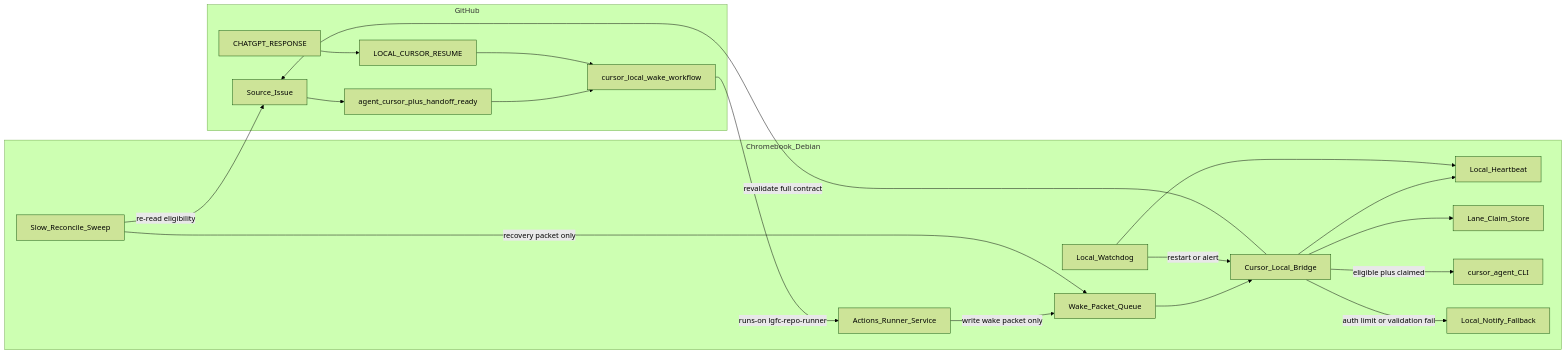
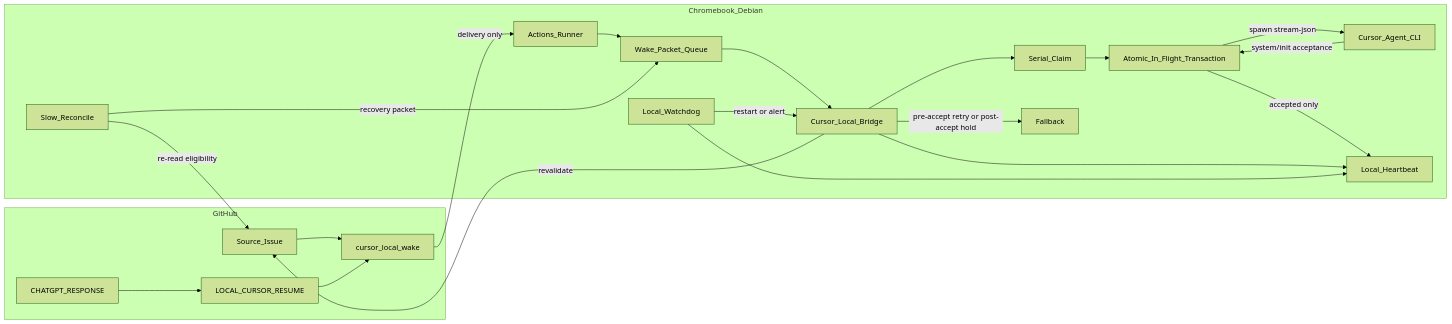
Before and after one commit to wdhunter645/next-starter-template: the diagram in docs/explanation/operations/cursor-local-auto-start-architecture.md, drawn with Mermaid (forest theme). The commit also changed other lines of this file, not shown here.

Commit message:
docs: explain Cursor launch acceptance boundary

````diff
--- a/docs/explanation/operations/cursor-local-auto-start-architecture.md
+++ b/docs/explanation/operations/cursor-local-auto-start-architecture.md
@@ -66,39 +64,41 @@
 ```mermaid
 flowchart LR
   subgraph github [GitHub]
     Issue[Source_Issue]
-    Labels[agent_cursor_plus_handoff_ready]
     Response[CHATGPT_RESPONSE]
     Resume[LOCAL_CURSOR_RESUME]
-    WF[cursor_local_wake_workflow]
+    WF[cursor_local_wake]
   end
 
   subgraph chromebook [Chromebook_Debian]
-    Runner[Actions_Runner_Service]
+    Runner[Actions_Runner]
     Queue[Wake_Packet_Queue]
     Bridge[Cursor_Local_Bridge]
+    Claim[Serial_Claim]
+    Tx[Atomic_In_Flight_Transaction]
+    CLI[Cursor_Agent_CLI]
     Heartbeat[Local_Heartbeat]
     Watchdog[Local_Watchdog]
-    Reconcile[Slow_Reconcile_Sweep]
-    Claim[Lane_Claim_Store]
-    CLI[cursor_agent_CLI]
-    Notify[Local_Notify_Fallback]
+    Reconcile[Slow_Reconcile]
+    Notify[Fallback]
   end
 
-  Issue --> Labels
   Response --> Resume
-  Labels --> WF
+  Issue --> WF
   Resume --> WF
-  WF -->|"runs-on lgfc-repo-runner"| Runner
-  Runner -->|"write wake packet only"| Queue
-  Reconcile -->|"recovery packet only"| Queue
-  Reconcile -->|"re-read eligibility"| Issue
+  WF -->|delivery only| Runner
+  Runner --> Queue
+  Reconcile -->|recovery packet| Queue
+  Reconcile -->|re-read eligibility| Issue
   Queue --> Bridge
-  Bridge -->|"revalidate full contract"| Issue
+  Bridge -->|revalidate| Issue
   Bridge --> Claim
-  Bridge -->|"eligible plus claimed"| CLI
-  Bridge -->|"auth limit or validation fail"| Notify
+  Claim --> Tx
+  Tx -->|spawn stream-json| CLI
+  CLI -->|system/init acceptance| Tx
+  Tx -->|accepted only| Heartbeat
   Bridge --> Heartbeat
   Watchdog --> Heartbeat
-  Watchdog -->|"restart or alert"| Bridge
+  Watchdog -->|restart or alert| Bridge
+  Bridge -->|pre-accept retry or post-accept hold| Notify
 ```
````
